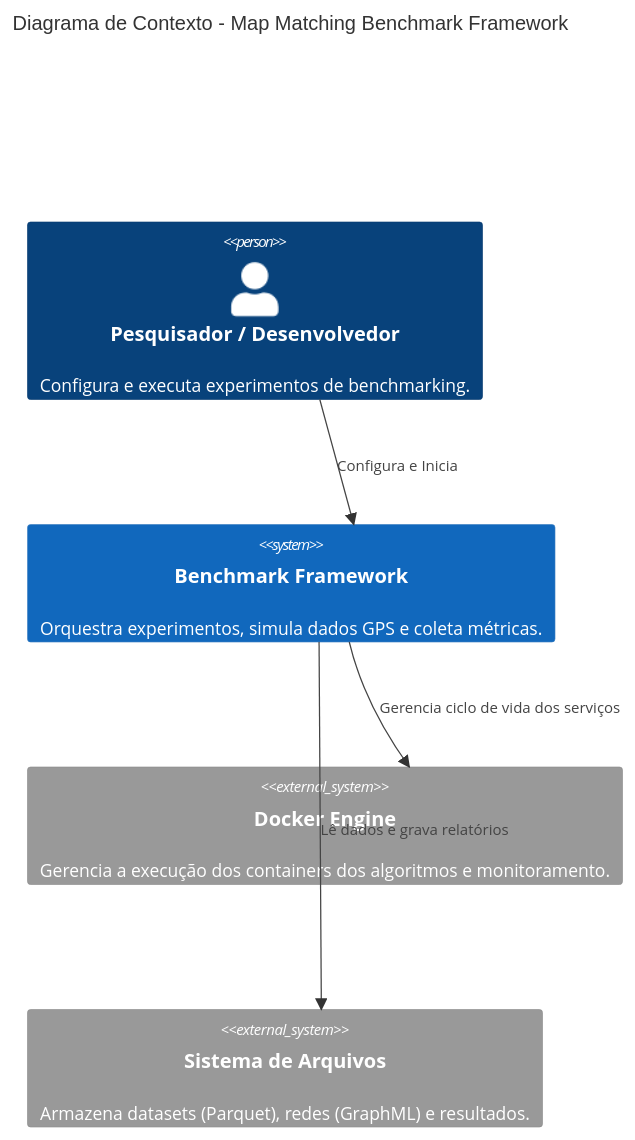
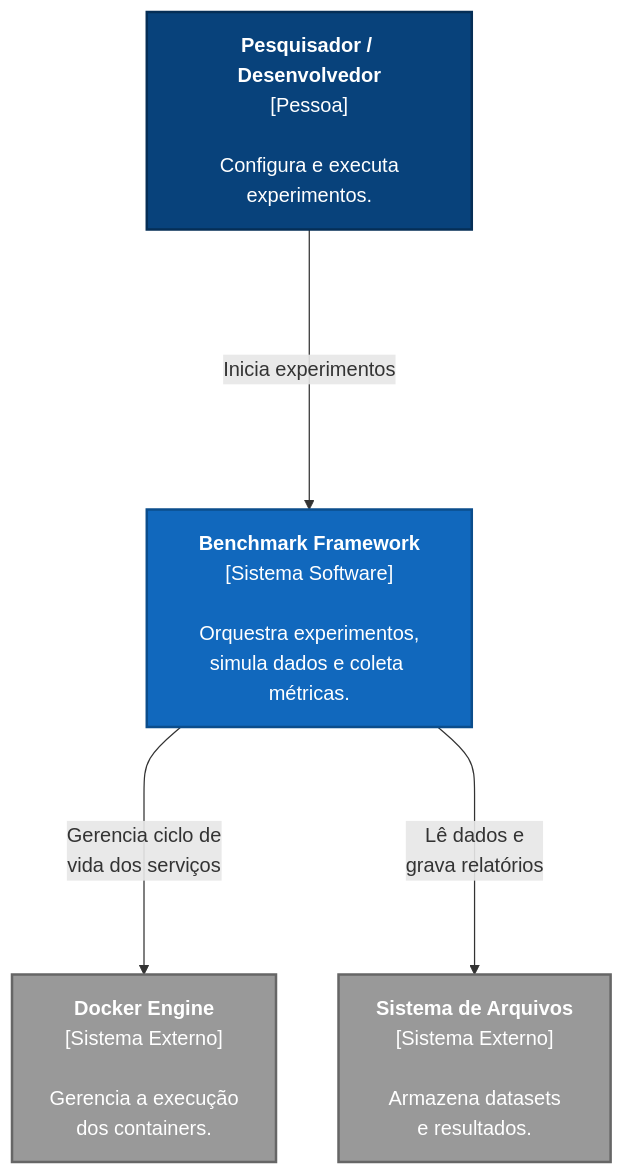
Before and after one commit to JoseEdSouza/map-matching: the fourth of 6 diagrams in ARQUITETURA.md, drawn with Mermaid. The commit also changed other lines of this file and 2 other files, not shown here.

Commit message:
refactor(gitignore): adiciona regra para ignorar arquivos parciais de métricas refactor(ARQUITETURA.md): atualiza diagramas e legendas para melhor clareza e legibilidade fix(uv.lock): atualiza referência da biblioteca mmlib para o commit mais recente

````diff
--- a/ARQUITETURA.md
+++ b/ARQUITETURA.md
@@ -185,15 +283,24 @@
 ```mermaid
-C4Context
-    title Diagrama de Contexto - Map Matching Benchmark Framework
+graph TD
+    %% Definição de Estilos C4
+    classDef person fill:#08427b,color:white,stroke:#052e56,stroke-width:2px;
+    classDef system fill:#1168bd,color:white,stroke:#0b4d8c,stroke-width:2px;
+    classDef external fill:#999999,color:white,stroke:#666666,stroke-width:2px;
 
-    Person(user, "Pesquisador / Desenvolvedor", "Configura e executa experimentos de benchmarking.")
+    %% Nós (Nodes)
+    USER["<b>Pesquisador / Desenvolvedor</b><br/>[Pessoa]<br/><br/>Configura e executa<br/>experimentos."]:::person
     
-    System(benchSystem, "Benchmark Framework", "Orquestra experimentos, simula dados GPS e coleta métricas.")
+    BENCH["<b>Benchmark Framework</b><br/>[Sistema Software]<br/><br/>Orquestra experimentos,<br/>simula dados e coleta métricas."]:::system
 
-    System_Ext(docker, "Docker Engine", "Gerencia a execução dos containers dos algoritmos e monitoramento.")
-    System_Ext(filesystem, "Sistema de Arquivos", "Armazena datasets (Parquet), redes (GraphML) e resultados.")
+    DOCKER["<b>Docker Engine</b><br/>[Sistema Externo]<br/><br/>Gerencia a execução<br/>dos containers."]:::external
 
-    Rel(user, benchSystem, "Configura e Inicia")
-    Rel(benchSystem, docker, "Gerencia ciclo de vida dos serviços")
-    Rel(benchSystem, filesystem, "Lê dados e grava relatórios")
+    FS["<b>Sistema de Arquivos</b><br/>[Sistema Externo]<br/><br/>Armazena datasets<br/>e resultados."]:::external
+
+    %% Relacionamentos com setas longas (----->) para dar espaço ao texto
+    USER -- "Inicia experimentos" -----> BENCH
+    BENCH -- "Gerencia ciclo de<br/>vida dos serviços" ----> DOCKER
+    BENCH -- "Lê dados e<br/>grava relatórios" ----> FS
+
+    %% Ajuste de layout lateral
+    direction TB
 ```
````
